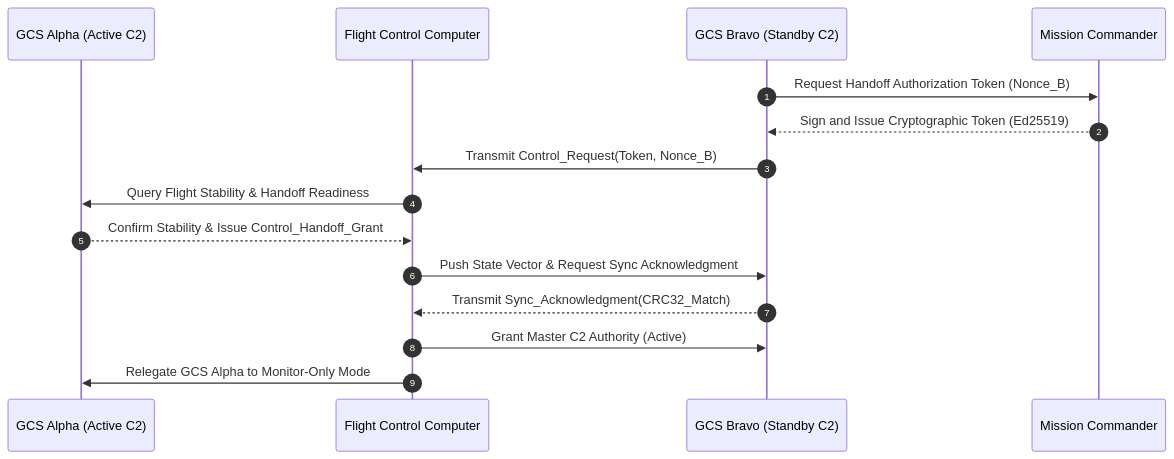
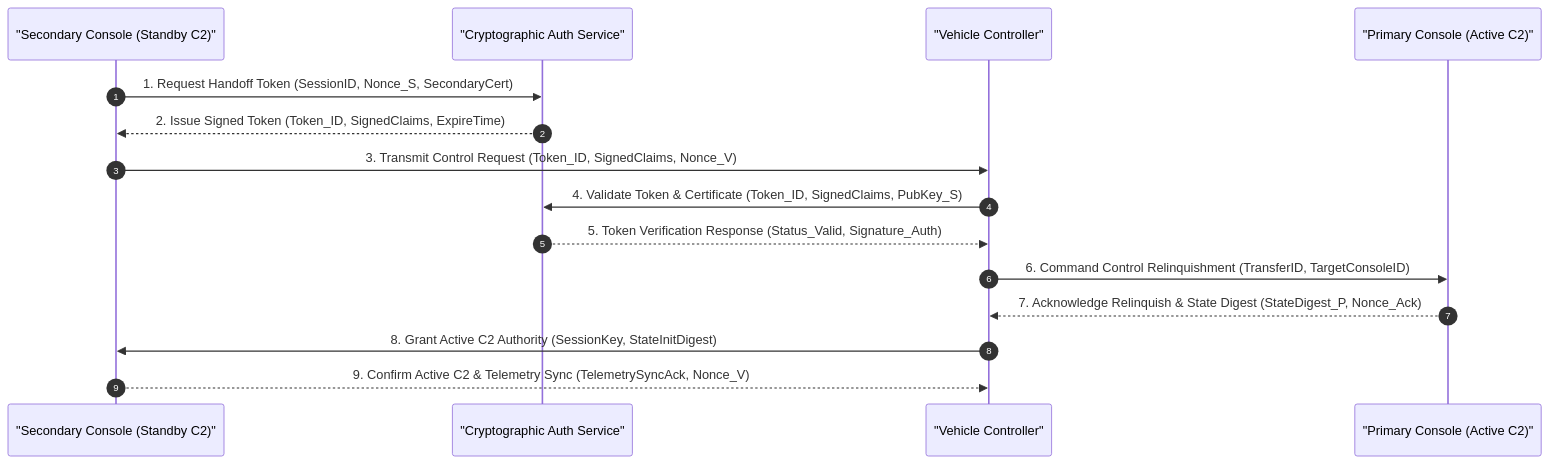
One commit to gintatkinson/uav-13 changed the diagram in docs/conops/units/conops/04_USER_CLASSES_AND_STAKEHOLDERS.md. Above: the diagram before and after it, drawn with Mermaid. The commit also changed other lines of this file and 37 other files, not shown here.

````diff
--- a/docs/conops/units/conops/04_USER_CLASSES_AND_STAKEHOLDERS.md
+++ b/docs/conops/units/conops/04_USER_CLASSES_AND_STAKEHOLDERS.md
@@ -70,18 +117,18 @@
 ```mermaid
 sequenceDiagram
     autonumber
-    participant GCS_A as GCS Alpha (Active C2)
-    participant FCC as Flight Control Computer
-    participant GCS_B as GCS Bravo (Standby C2)
-    participant MC as Mission Commander
+    participant SecondaryConsole as "Secondary Console (Standby C2)"
+    participant CryptographicAuthService as "Cryptographic Auth Service"
+    participant VehicleController as "Vehicle Controller"
+    participant PrimaryConsole as "Primary Console (Active C2)"
 
-    GCS_B->>MC: Request Handoff Authorization Token (Nonce_B)
-    MC-->>GCS_B: Sign and Issue Cryptographic Token (Ed25519)
-    GCS_B->>FCC: Transmit Control_Request(Token, Nonce_B)
-    FCC->>GCS_A: Query Flight Stability & Handoff Readiness
-    GCS_A-->>FCC: Confirm Stability & Issue Control_Handoff_Grant
-    FCC->>GCS_B: Push State Vector & Request Sync Acknowledgment
-    GCS_B-->>FCC: Transmit Sync_Acknowledgment(CRC32_Match)
-    FCC->>GCS_B: Grant Master C2 Authority (Active)
-    FCC->>GCS_A: Relegate GCS Alpha to Monitor-Only Mode
+    SecondaryConsole->>CryptographicAuthService: 1. Request Handoff Token (SessionID, Nonce_S, SecondaryCert)
+    CryptographicAuthService-->>SecondaryConsole: 2. Issue Signed Token (Token_ID, SignedClaims, ExpireTime)
+    SecondaryConsole->>VehicleController: 3. Transmit Control Request (Token_ID, SignedClaims, Nonce_V)
+    VehicleController->>CryptographicAuthService: 4. Validate Token & Certificate (Token_ID, SignedClaims, PubKey_S)
+    CryptographicAuthService-->>VehicleController: 5. Token Verification Response (Status_Valid, Signature_Auth)
+    VehicleController->>PrimaryConsole: 6. Command Control Relinquishment (TransferID, TargetConsoleID)
+    PrimaryConsole-->>VehicleController: 7. Acknowledge Relinquish & State Digest (StateDigest_P, Nonce_Ack)
+    VehicleController->>SecondaryConsole: 8. Grant Active C2 Authority (SessionKey, StateInitDigest)
+    SecondaryConsole-->>VehicleController: 9. Confirm Active C2 & Telemetry Sync (TelemetrySyncAck, Nonce_V)
 ```
````
